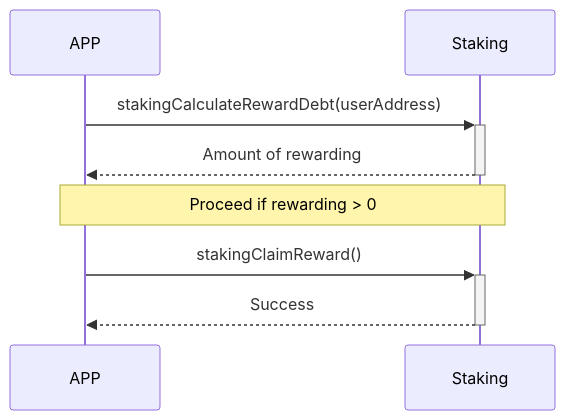
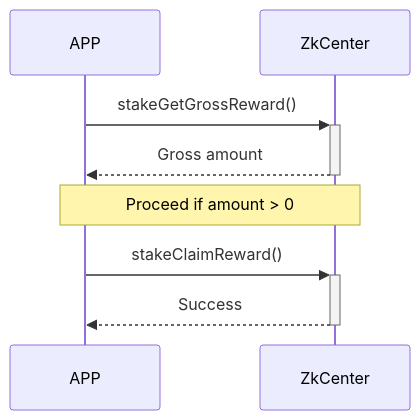
Before and after one commit to MXCzkEVM/Moonchain-Documentation: the fourth of 6 diagrams in docs/Moonchain-Design/zk.md, drawn with Mermaid. The commit also changed other lines of this file and 4 other files, not shown here.

Commit message:
Update the flow for miner registration and staking.

````diff
--- a/docs/Moonchain-Design/zk.md
+++ b/docs/Moonchain-Design/zk.md
@@ -154,9 +160,9 @@
 ```mermaid
 sequenceDiagram
-  APP->>+Staking: stakingCalculateRewardDebt(userAddress)
-  Staking-->>-APP: Amount of rewarding
-  Note over APP,Staking: Proceed if rewarding > 0
-  APP->>+Staking: stakingClaimReward()
-  Staking-->>-APP: Success
+  APP->>+ZkCenter: stakeGetGrossReward()
+  ZkCenter-->>-APP: Gross amount
+  Note over APP,ZkCenter: Proceed if amount > 0
+  APP->>+ZkCenter: stakeClaimReward()
+  ZkCenter-->>-APP: Success
 
 ```
````
